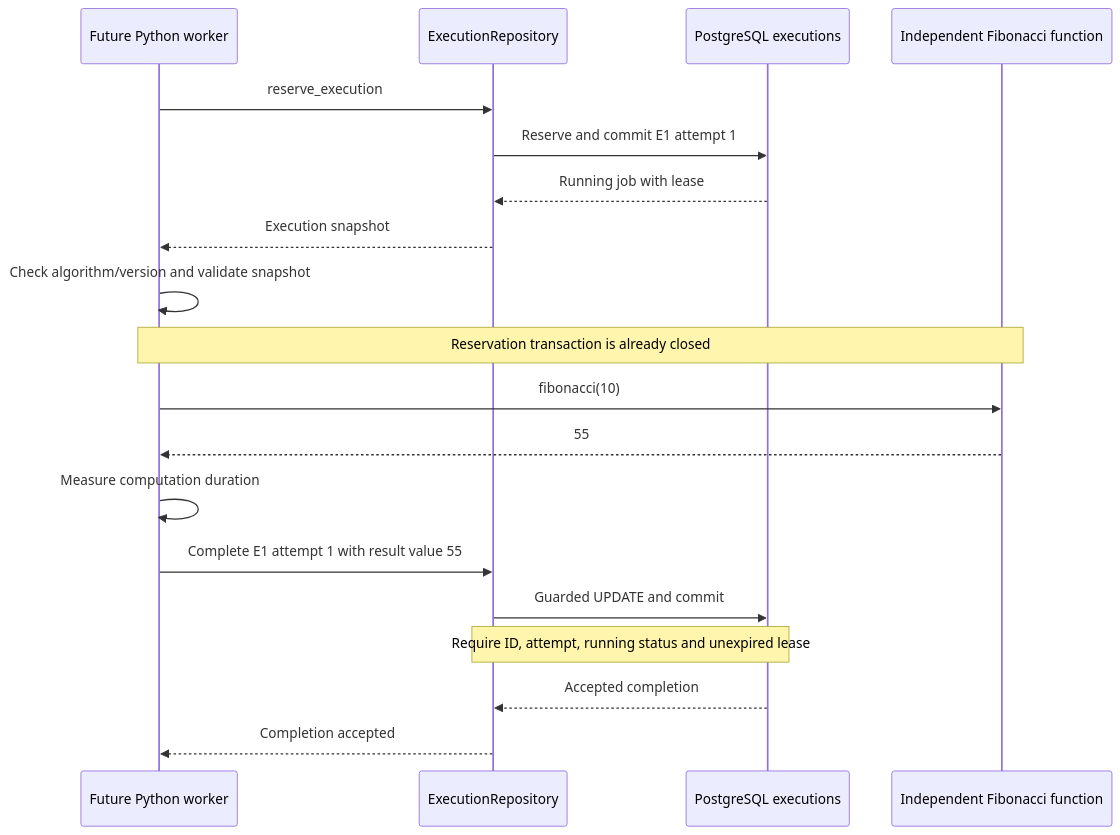
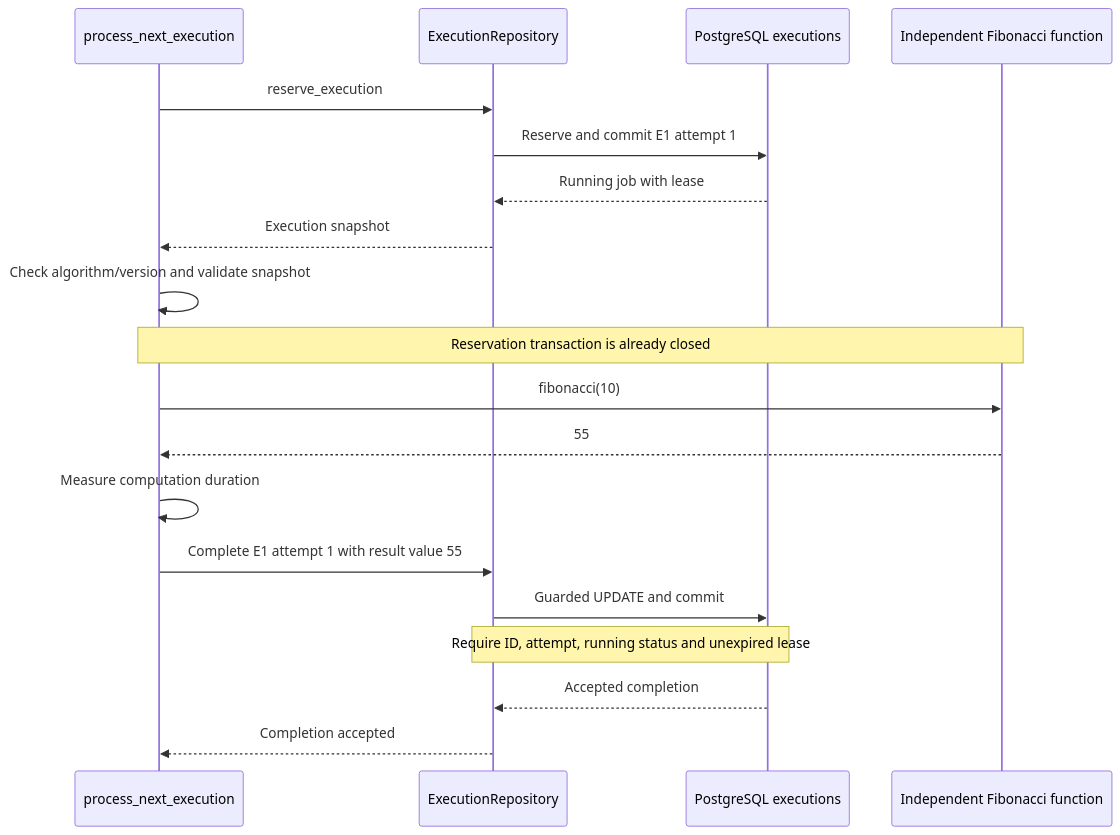
Before and after one commit to eseidinger/algorithms: the fourth of 7 diagrams in docs/architecture/worker-scenarios.md, drawn with Mermaid. The commit also changed other lines of this file and 9 other files, not shown here.

Commit message:
feat: process individual execution jobs with guarded worker outcomes

````diff
--- a/docs/architecture/worker-scenarios.md
+++ b/docs/architecture/worker-scenarios.md
@@ -96,21 +96,21 @@
 ```mermaid
 sequenceDiagram
-    participant W as Future Python worker
+    participant W as process_next_execution
     participant R as ExecutionRepository
     participant D as PostgreSQL executions
     participant F as Independent Fibonacci function
     W->>R: reserve_execution
     R->>D: Reserve and commit E1 attempt 1
     D-->>R: Running job with lease
     R-->>W: Execution snapshot
     W->>W: Check algorithm/version and validate snapshot
     Note over W,F: Reservation transaction is already closed
     W->>F: fibonacci(10)
     F-->>W: 55
     W->>W: Measure computation duration
     W->>R: Complete E1 attempt 1 with result value 55
     R->>D: Guarded UPDATE and commit
     Note over R,D: Require ID, attempt, running status and unexpired lease
     D-->>R: Accepted completion
     R-->>W: Completion accepted
 ```
````
